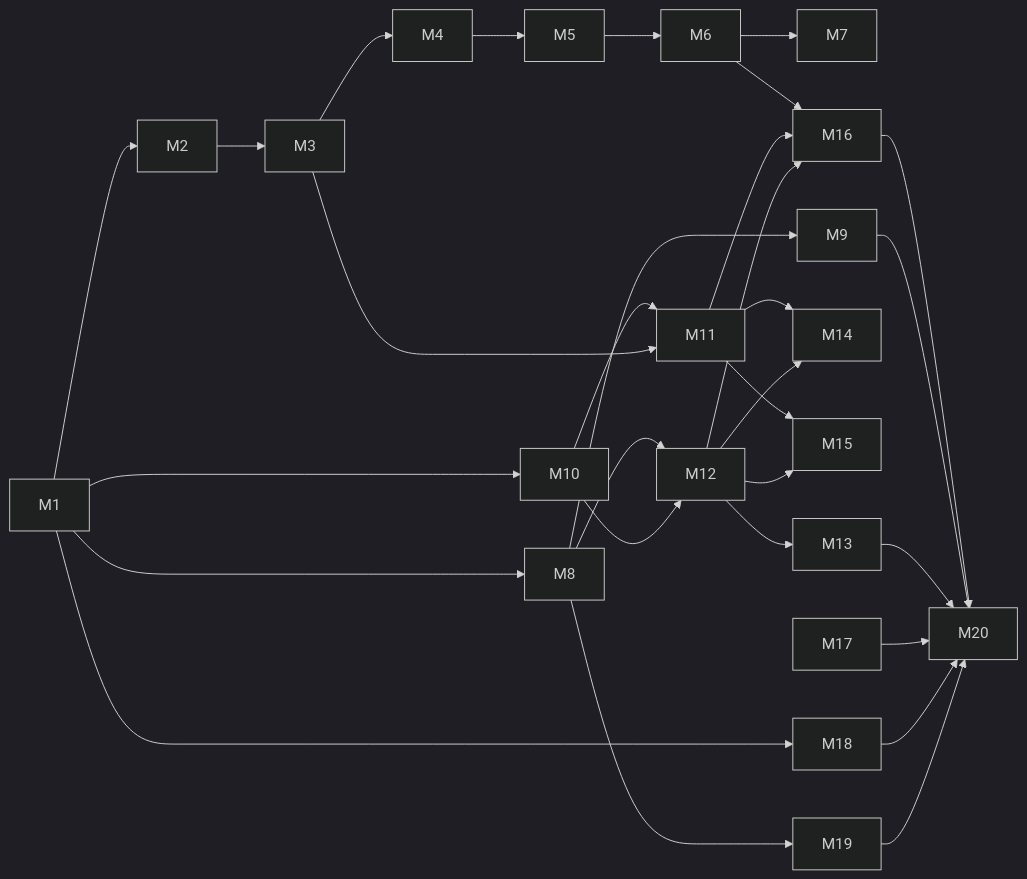
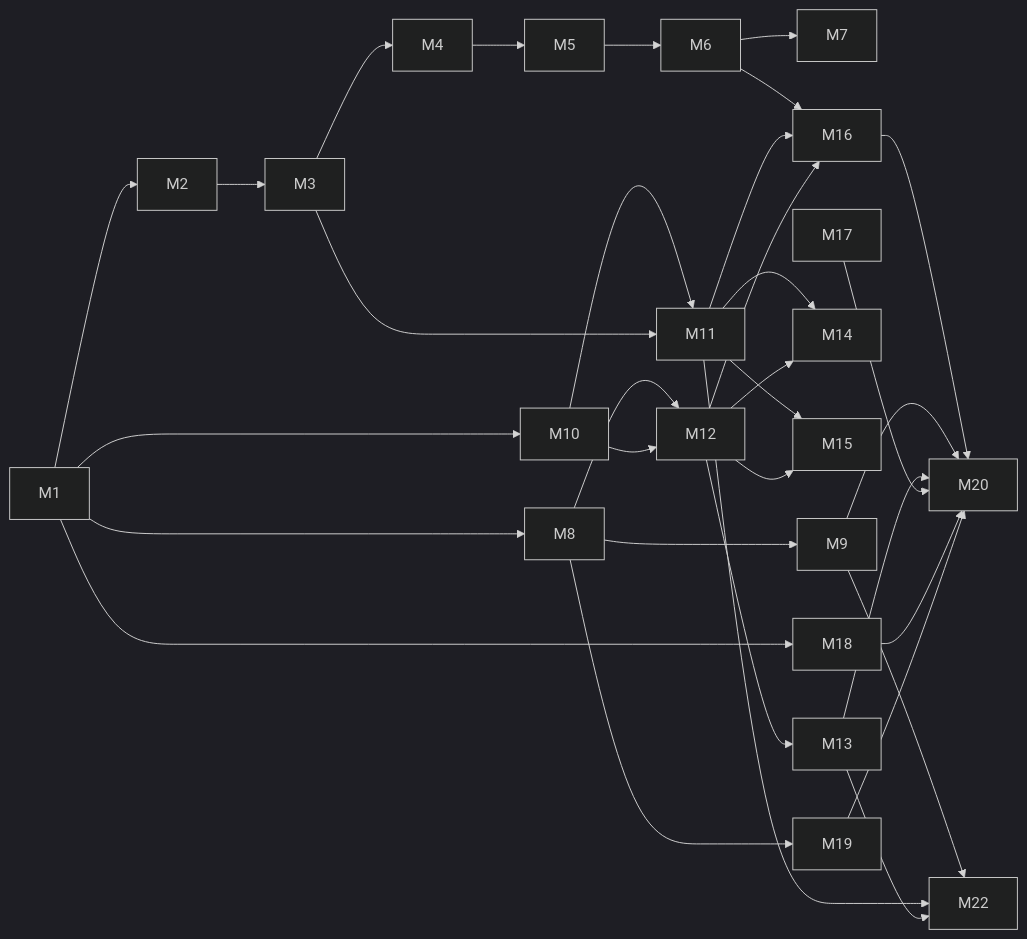
Before and after one commit to PavelArs/capital-tracker: the second of 2 diagrams in docs/product-requirements.md, drawn with Mermaid (dark theme). The commit also changed other lines of this file, not shown here.

````diff
--- a/docs/product-requirements.md
+++ b/docs/product-requirements.md
@@ -719,25 +749,28 @@
 ```mermaid
 flowchart LR
   M1 --> M2 --> M3 --> M4 --> M5 --> M6 --> M7
   M1 --> M8 --> M9
   M1 --> M10 --> M11
   M3 --> M11
   M8 --> M12
   M10 --> M12 --> M13
   M11 --> M14
   M12 --> M14
   M11 --> M15
   M12 --> M15
   M6 --> M16
   M11 --> M16
   M12 --> M16
   M1 --> M18
   M8 --> M19
   M17
   M16 --> M20
   M9 --> M20
   M13 --> M20
   M17 --> M20
   M18 --> M20
   M19 --> M20
+  M9 --> M22
+  M11 --> M22
+  M13 --> M22
 ```
````
